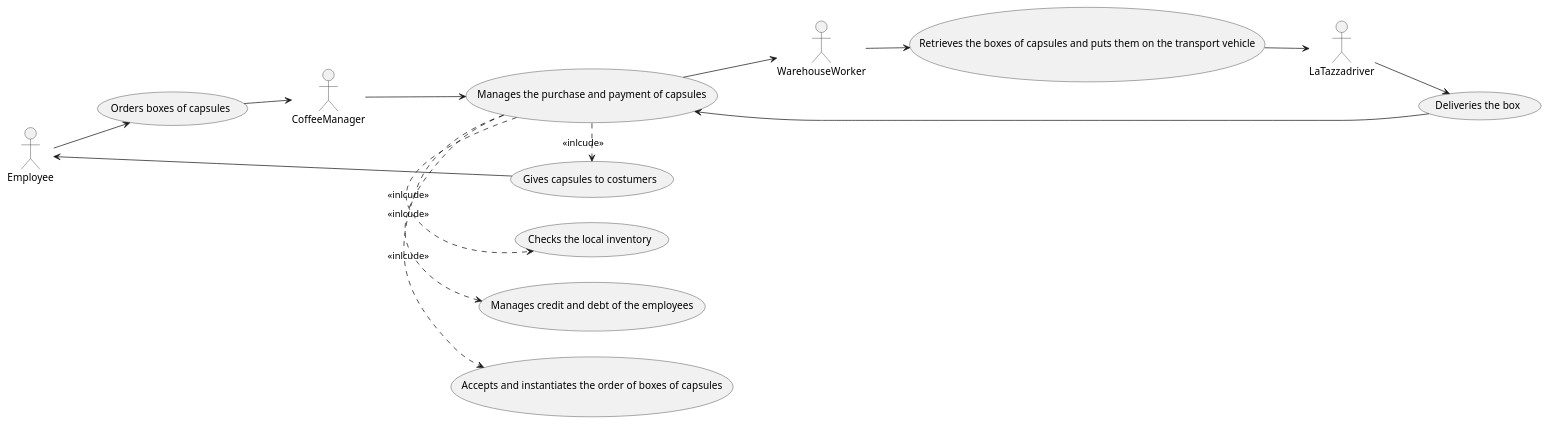
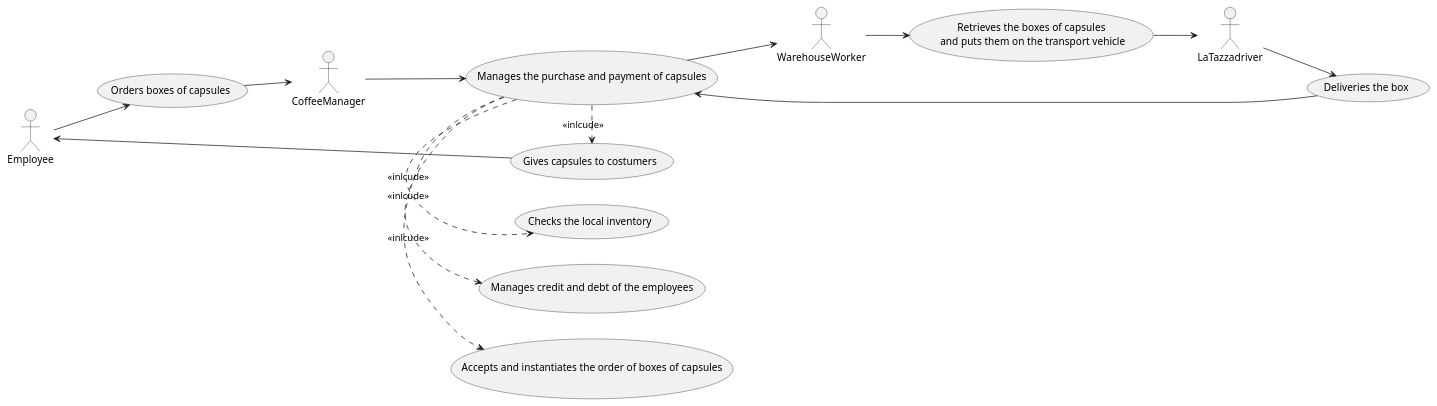
Before and after one commit to salvatore-dimartino/LaTazza: the second of 4 diagrams in templates/RequirementsTemplate.md, drawn with PlantUML.

````diff
--- a/templates/RequirementsTemplate.md
+++ b/templates/RequirementsTemplate.md
@@ -276,29 +276,29 @@
 ```plantuml
 @startuml
 
 left to right direction 
 skinparam packageStyle rectangle
 
 actor CoffeeManager as c
 actor Employee as e
 actor WarehouseWorker as w
 actor LaTazzadriver as d
 
 e --> (Orders boxes of capsules)
 (Orders boxes of capsules) --> c
 c --> (Manages the purchase and payment of capsules)
 (Manages the purchase and payment of capsules) --> w
-w --> (Retrieves the boxes of capsules and puts them on the transport vehicle)
-(Retrieves the boxes of capsules and puts them on the transport vehicle) --> d
+w --> (Retrieves the boxes of capsules\n and puts them on the transport vehicle)
+(Retrieves the boxes of capsules\n and puts them on the transport vehicle) --> d
 d --> (Deliveries the box)
 (Deliveries the box) --> (Manages the purchase and payment of capsules)
 
 (Manages the purchase and payment of capsules) .> (Gives capsules to costumers) : <<inlcude>>
 (Manages the purchase and payment of capsules) .> (Accepts and instantiates the order of boxes of capsules) : <<inlcude>>
 (Manages the purchase and payment of capsules) .> (Manages credit and debt of the employees) : <<inlcude>>
 (Manages the purchase and payment of capsules) .> (Checks the local inventory) : <<inlcude>>
 
 e <-- (Gives capsules to costumers)
 
 @enduml
 ```
````
